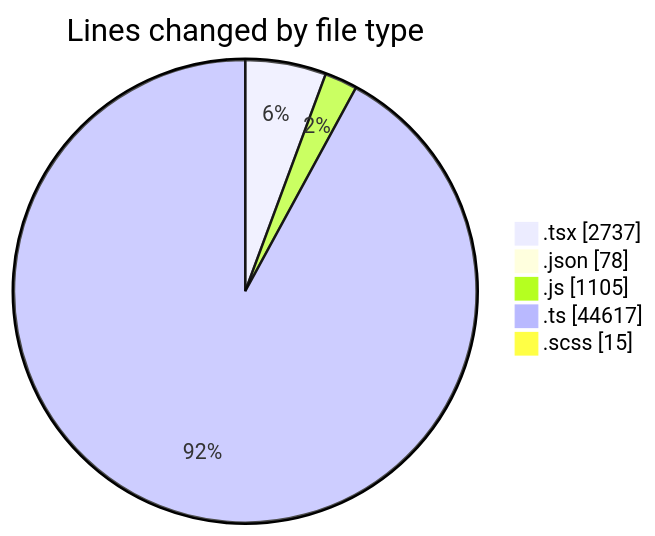
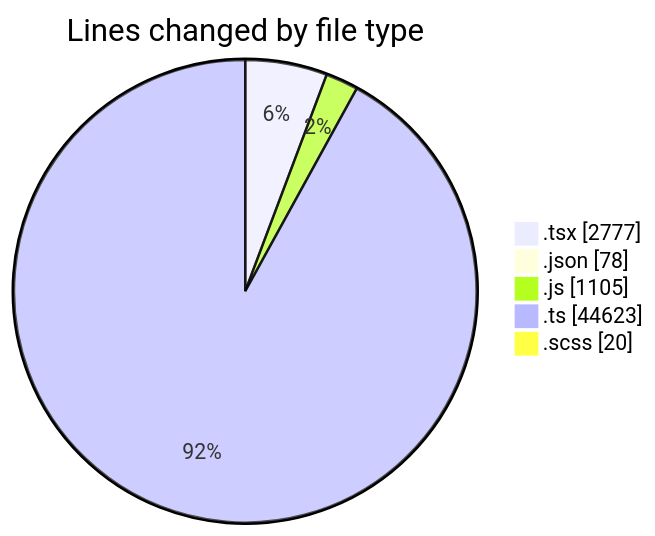
One commit to momahboobian/code-tracking changed the first of 2 diagrams in 2026-10-19/cda/README.md. Above: the diagram before and after it, drawn with Mermaid. The commit also changed other lines of this file and 1 other file, not shown here.

````diff
--- a/2026-10-19/cda/README.md
+++ b/2026-10-19/cda/README.md
@@ -41,9 +41,9 @@
 ```mermaid
 pie showData
 title Lines changed by file type
-".tsx" : 2737
+".tsx" : 2777
 ".json" : 78
 ".js" : 1105
-".ts" : 44617
-".scss" : 15
+".ts" : 44623
+".scss" : 20
 ```
````
